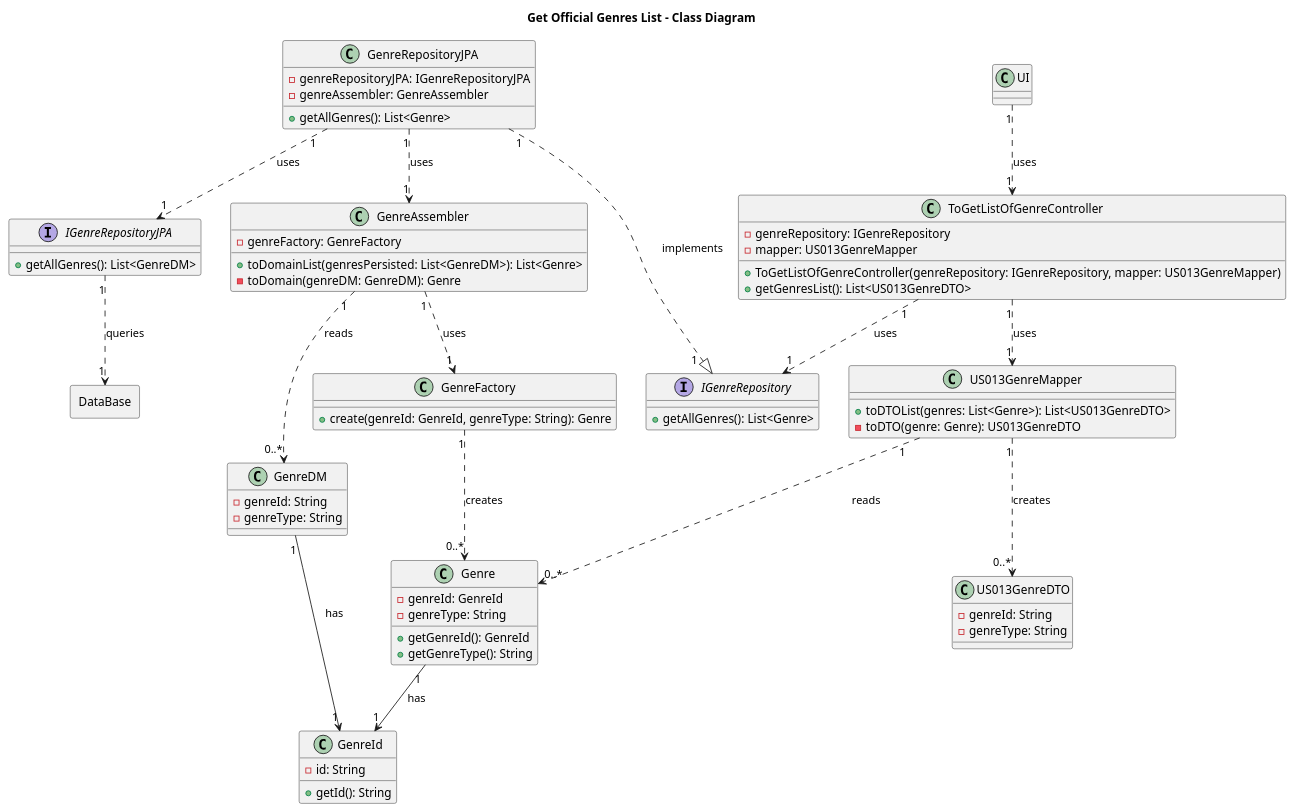
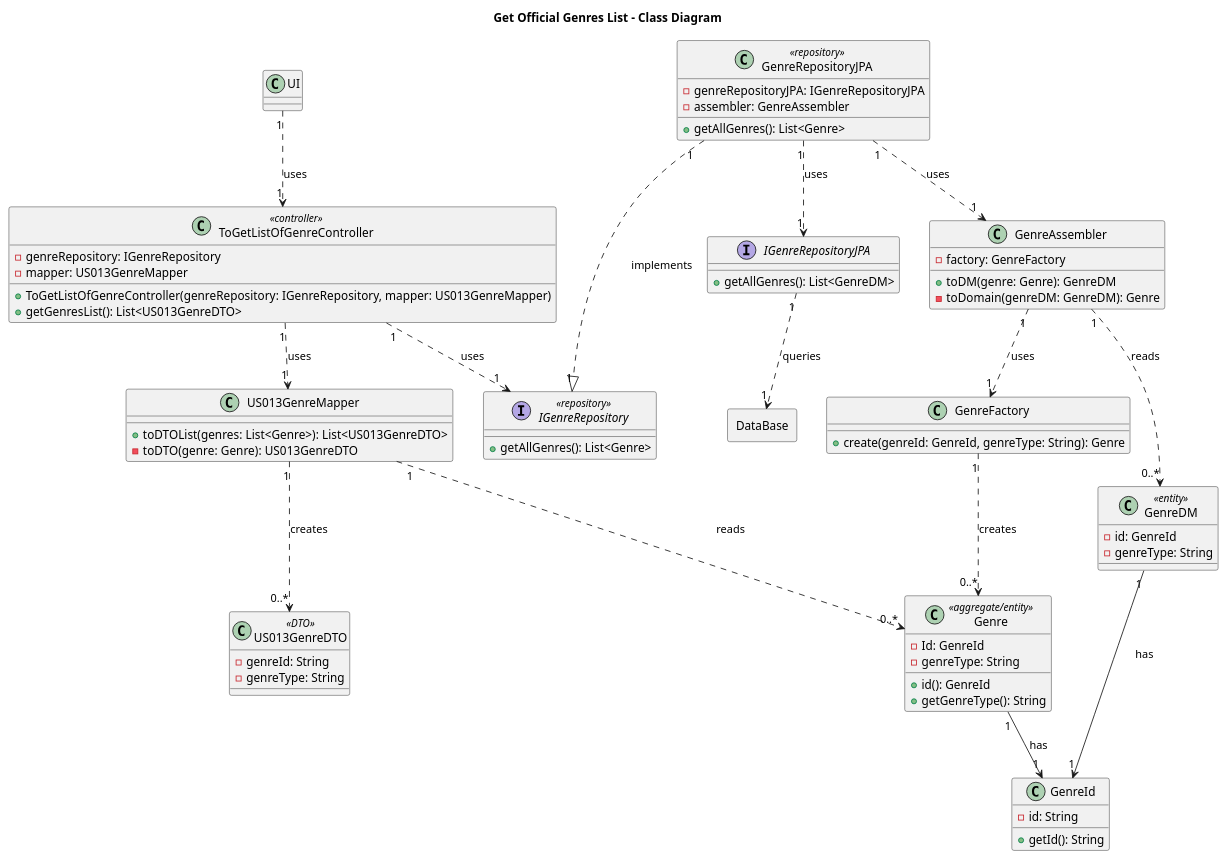
Before and after one commit to AndrePereiraGitH/SWitCH-Project-Team_A: the diagram in Diagrams/ClassDiagrams/To-get-official-genres-list.puml, drawn with PlantUML.

Commit message:
Doc(#699): Add recommendations from reviewer to diagrams

```diff
--- a/Diagrams/ClassDiagrams/To-get-official-genres-list.puml
+++ b/Diagrams/ClassDiagrams/To-get-official-genres-list.puml
@@ -1,95 +1,101 @@
 @startuml
 title Get Official Genres List - Class Diagram
 top to bottom direction
+class ToGetListOfGenreController << controller >>
+interface IGenreRepository << repository >>
+class GenreRepositoryJPA << repository >>
+class GenreDM << entity >>
+class Genre << aggregate/entity >>
+class US013GenreDTO << DTO >>
 ' ── UI Layer ───────────────────────────────────────────────
 class UI {
 }
 
 ' ── Application Layer ──────────────────────────────────────
 class ToGetListOfGenreController {
     - genreRepository: IGenreRepository
     - mapper: US013GenreMapper
     + ToGetListOfGenreController(genreRepository: IGenreRepository, mapper: US013GenreMapper)
     + getGenresList(): List<US013GenreDTO>
 }
 
 class US013GenreMapper {
     + toDTOList(genres: List<Genre>): List<US013GenreDTO>
     - toDTO(genre: Genre): US013GenreDTO
 }
 
 class US013GenreDTO {
     - genreId: String
     - genreType: String
 }
 
 ' ── Domain Layer ───────────────────────────────────────────
 interface IGenreRepository {
     + getAllGenres(): List<Genre>
 }
 
 class Genre {
-    - genreId: GenreId
+    - Id: GenreId
     - genreType: String
-    + getGenreId(): GenreId
+    + id(): GenreId
     + getGenreType(): String
 }
 
 class GenreId {
     - id: String
     + getId(): String
 }
 
 class GenreFactory {
     + create(genreId: GenreId, genreType: String): Genre
 }
 
 ' ── Infrastructure Layer ───────────────────────────────────
 class GenreRepositoryJPA {
     - genreRepositoryJPA: IGenreRepositoryJPA
-    - genreAssembler: GenreAssembler
+    - assembler: GenreAssembler
     + getAllGenres(): List<Genre>
 }
 
 interface IGenreRepositoryJPA {
     + getAllGenres(): List<GenreDM>
 }
 
 class GenreAssembler {
-    - genreFactory: GenreFactory
-    + toDomainList(genresPersisted: List<GenreDM>): List<Genre>
+    - factory: GenreFactory
+    + toDM(genre: Genre): GenreDM
     - toDomain(genreDM: GenreDM): Genre
 }
 
 class GenreDM {
-    - genreId: String
+    - id: GenreId
     - genreType: String
 }
 
 Rectangle DataBase {
 }
 
 ' ── Relationships ──────────────────────────────────────────
 UI "1" ..> "1" ToGetListOfGenreController : uses
 
 ToGetListOfGenreController "1" ..> "1" IGenreRepository : uses
 ToGetListOfGenreController "1" ..> "1" US013GenreMapper : uses
 
 US013GenreMapper "1" ..> "0..*" Genre : reads
 US013GenreMapper "1" ..> "0..*" US013GenreDTO : creates
 
-GenreRepositoryJPA "1" ..|> "                                     1" IGenreRepository : implements
+GenreRepositoryJPA "1" ..|> "1" IGenreRepository : implements
 GenreRepositoryJPA "1" ..> "1" IGenreRepositoryJPA : uses
 GenreRepositoryJPA "1" ..> "1" GenreAssembler : uses
 
 IGenreRepositoryJPA "1" ..> "1" DataBase : queries
 
 GenreAssembler "1" ..> "0..*" GenreDM : reads
 GenreAssembler "1" ..> "1" GenreFactory : uses
 
 GenreFactory "1" ..> "0..*" Genre : creates
 
 Genre "1" --> "1" GenreId : has
 GenreDM "1" --> "1" GenreId : has
 
 @enduml
```
